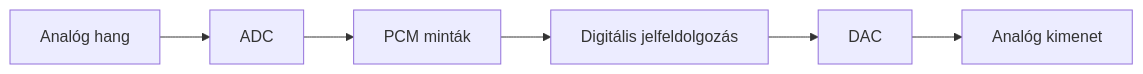
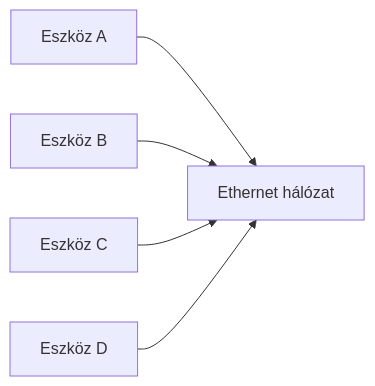
Before and after one commit to bogdanpeter/dante: the second of 7 diagrams in chapters/01-mi-a-dante.md, drawn with Mermaid. The commit also changed other lines of this file, not shown here.

````diff
--- a/chapters/01-mi-a-dante.md
+++ b/chapters/01-mi-a-dante.md
@@ -484,9 +239,7 @@
-```mermaid
+``` mermaid
 flowchart LR
-
-A["Analóg hang"] --> B["ADC"]
-B --> C["PCM minták"]
-C --> D["Digitális jelfeldolgozás"]
-D --> E["DAC"]
-E --> F["Analóg kimenet"]
+    A["Eszköz A"] --> SW["Ethernet hálózat"]
+    B["Eszköz B"] --> SW
+    C["Eszköz C"] --> SW
+    D["Eszköz D"] --> SW
 ```
````
